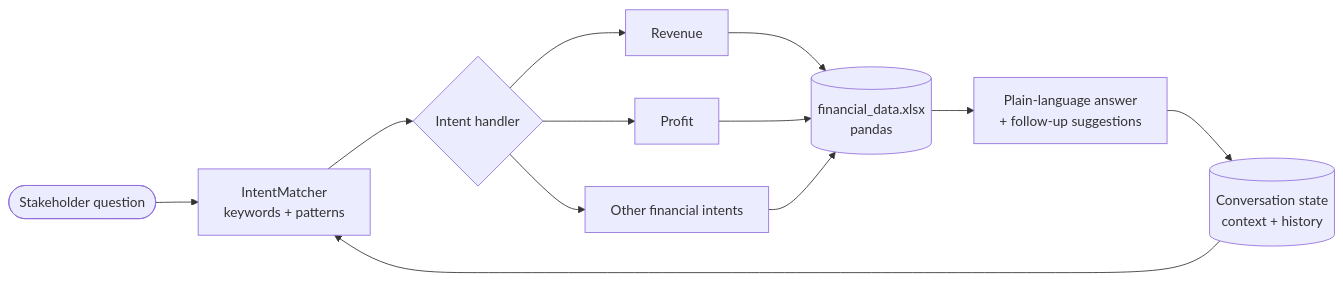
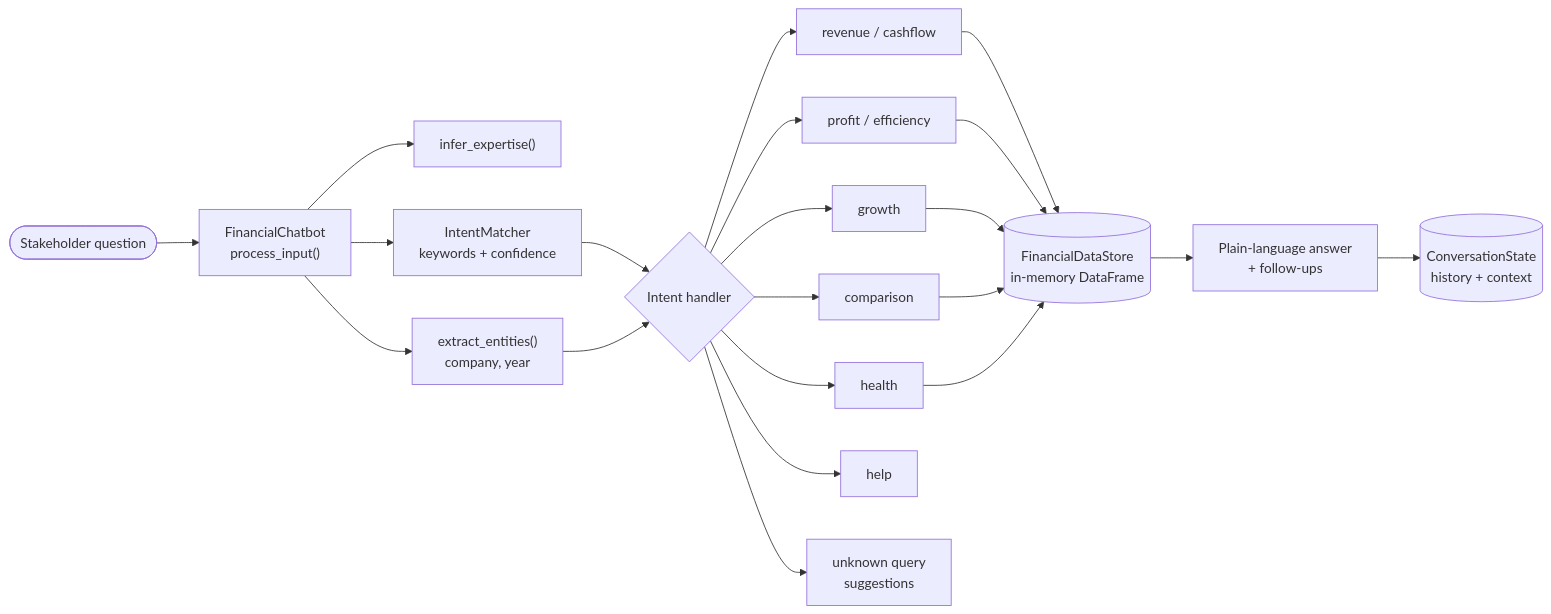
One commit to Dxrksvng/BCGX-GenAI changed the first of 2 diagrams in README.md. Above: the diagram before and after it, drawn with Mermaid. The commit also changed other lines of this file, not shown here.

Commit message:
docs: rewrite README with architecture, flows and tech stack (#2)

````diff
--- a/README.md
+++ b/README.md
@@ -21,14 +67,23 @@
 ```mermaid
 flowchart LR
-    U(["Stakeholder question"]) --> IM["IntentMatcher\nkeywords + patterns"]
+    U(["Stakeholder question"]) --> CB["FinancialChatbot\nprocess_input()"]
+    CB --> EX["infer_expertise()"]
+    CB --> IM["IntentMatcher\nkeywords + confidence"]
+    CB --> EN["extract_entities()\ncompany, year"]
     IM --> H{"Intent handler"}
-    H --> R["Revenue"]
-    H --> P["Profit"]
-    H --> O["Other financial intents"]
-    R --> D[("financial_data.xlsx\npandas")]
-    P --> D
-    O --> D
-    D --> A["Plain-language answer\n+ follow-up suggestions"]
-    A --> S[("Conversation state\ncontext + history")]
-    S --> IM
+    EN --> H
+    H --> R["revenue / cashflow"]
+    H --> PR["profit / efficiency"]
+    H --> G["growth"]
+    H --> CMP["comparison"]
+    H --> HL["health"]
+    H --> HP["help"]
+    H --> UK["unknown query\nsuggestions"]
+    R --> DS[("FinancialDataStore\nin-memory DataFrame")]
+    PR --> DS
+    G --> DS
+    CMP --> DS
+    HL --> DS
+    DS --> A["Plain-language answer\n+ follow-ups"]
+    A --> ST[("ConversationState\nhistory + context")]
 ```
````
